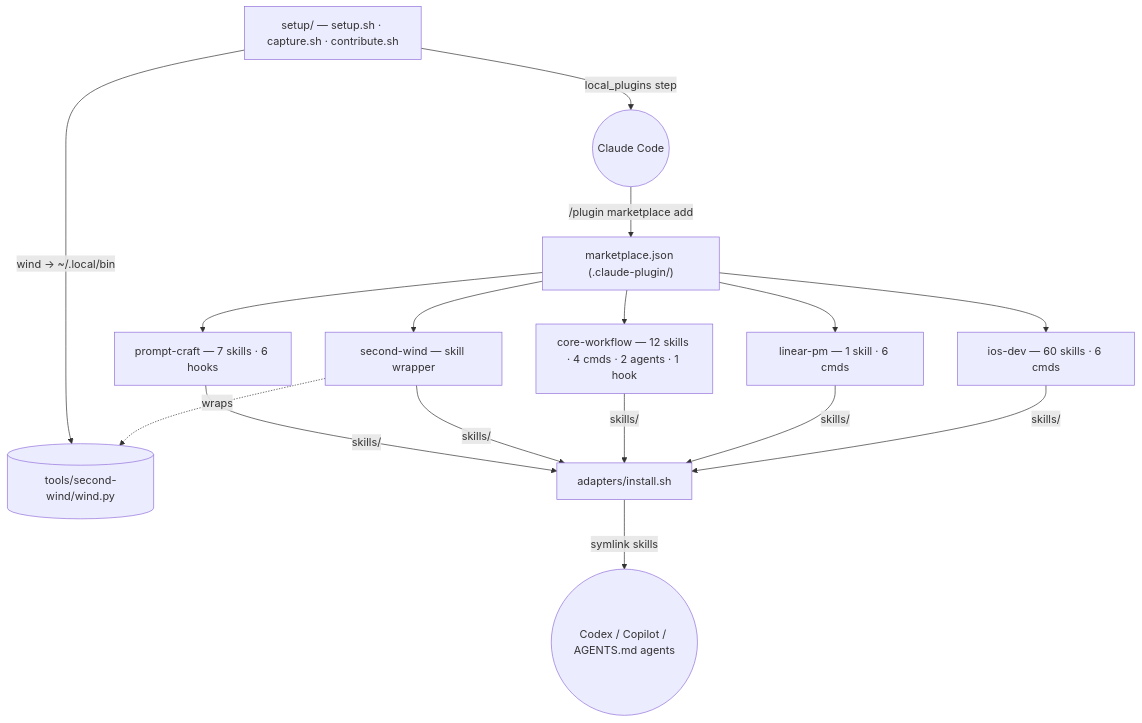
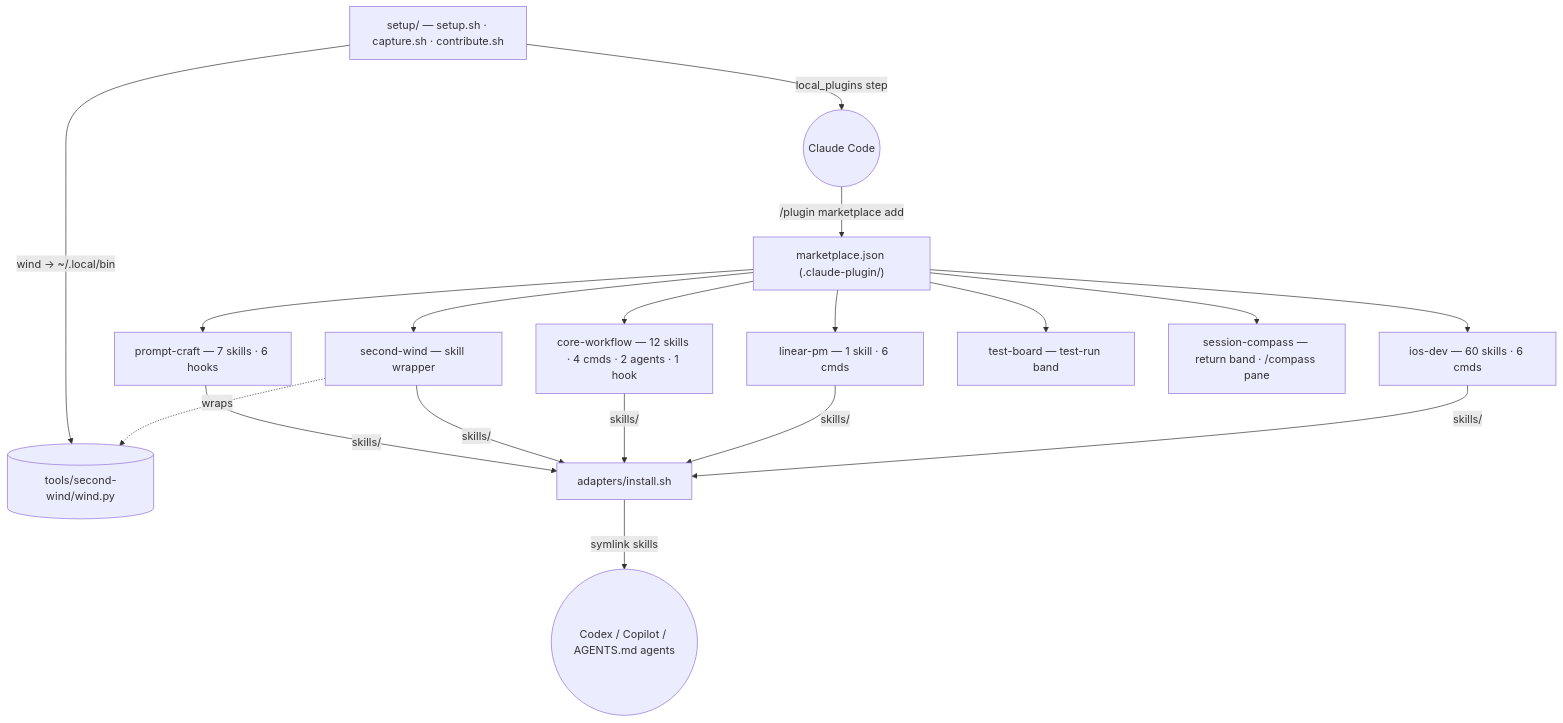
Before and after one commit to abhijitbansal/claude-skills: the diagram in docs/architecture.md, drawn with Mermaid. The commit also changed other lines of this file and 6 other files, not shown here.

First line of the commit message:
docs: finish the plugin-count sweep and add both mods to the diagrams

````diff
--- a/docs/architecture.md
+++ b/docs/architecture.md
@@ -15,22 +15,24 @@
 ```mermaid
 flowchart TD
   MP["marketplace.json (.claude-plugin/)"]
   IOS["ios-dev — 60 skills · 6 cmds"]
   LIN["linear-pm — 1 skill · 6 cmds"]
   CW["core-workflow — 12 skills · 4 cmds · 2 agents · 1 hook"]
   SW["second-wind — skill wrapper"]
   PC["prompt-craft — 7 skills · 6 hooks"]
+  TB["test-board — test-run band"]
+  SC["session-compass — return band · /compass pane"]
   WIND[("tools/second-wind/wind.py")]
   AD["adapters/install.sh"]
   SEED["setup/ — setup.sh · capture.sh · contribute.sh"]
   CC(("Claude Code"))
   OTHER(("Codex / Copilot / AGENTS.md agents"))
 
-  MP --> IOS & LIN & CW & SW & PC
+  MP --> IOS & LIN & CW & SW & PC & TB & SC
   SW -.->|wraps| WIND
   CC -->|"/plugin marketplace add"| MP
   SEED -->|local_plugins step| CC
   SEED -->|"wind → ~/.local/bin"| WIND
   AD -->|symlink skills| OTHER
   IOS & LIN & CW & SW & PC -->|skills/| AD
 ```
````
